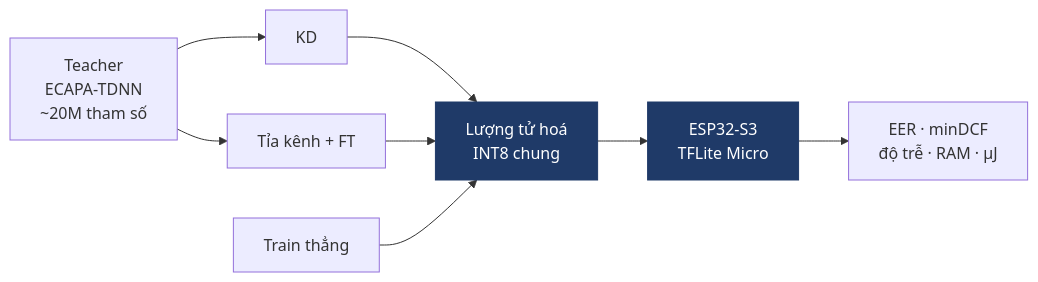
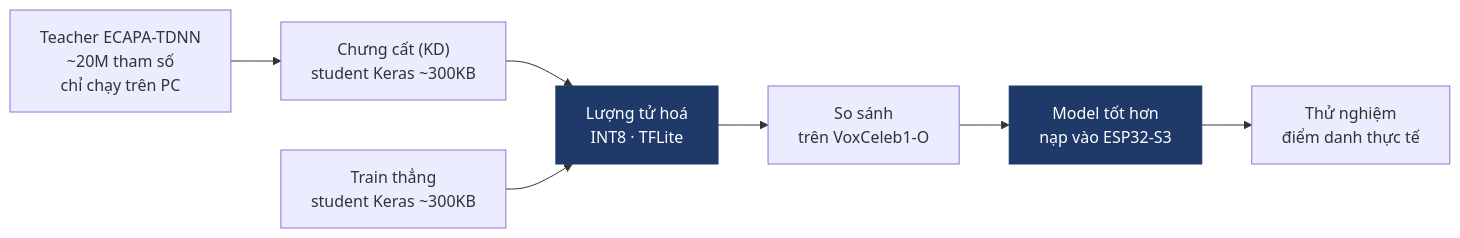
Before and after one commit to ttqteo/IT2058_EdgeAI: the diagram in slides/diagrams/pipeline.mmd, drawn with Mermaid. The commit also changed 9 other files, not shown here.

```diff
--- a/slides/diagrams/pipeline.mmd
+++ b/slides/diagrams/pipeline.mmd
@@ -1,12 +1,11 @@
 flowchart LR
-  T["Teacher<br/>ECAPA-TDNN<br/>~20M tham số"]
-  T --> KD["KD"]
-  T --> PR["Tỉa kênh + FT"]
-  SC["Train thẳng"]
-  KD --> Q["Lượng tử hoá<br/>INT8 chung"]
-  PR --> Q
+  T["Teacher ECAPA-TDNN<br/>~20M tham số<br/>chỉ chạy trên PC"]
+  T --> KD["Chưng cất (KD)<br/>student Keras ~300KB"]
+  SC["Train thẳng<br/>student Keras ~300KB"]
+  KD --> Q["Lượng tử hoá<br/>INT8 · TFLite"]
   SC --> Q
-  Q --> E["ESP32-S3<br/>TFLite Micro"]
-  E --> M["EER · minDCF<br/>độ trễ · RAM · µJ"]
+  Q --> V["So sánh<br/>trên VoxCeleb1-O"]
+  V --> E["Model tốt hơn<br/>nạp vào ESP32-S3"]
+  E --> F["Thử nghiệm<br/>điểm danh thực tế"]
   classDef hot fill:#1F3A68,color:#ffffff,stroke:#1F3A68;
   class Q,E hot;
```
